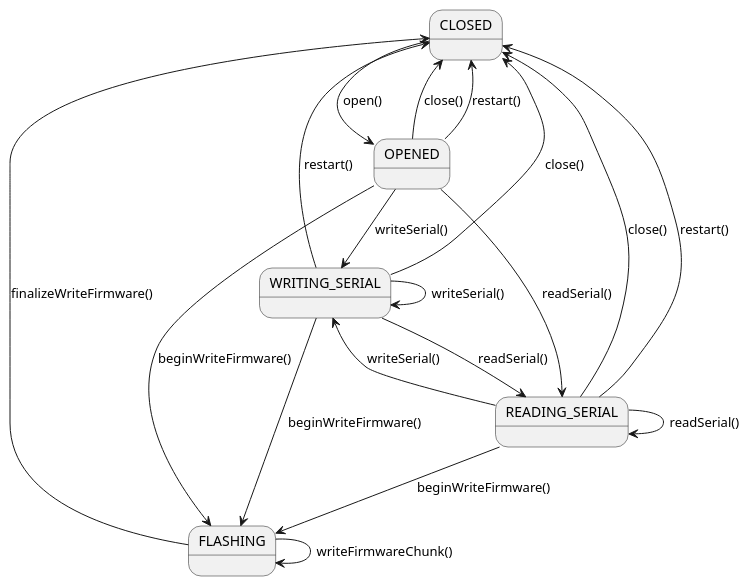
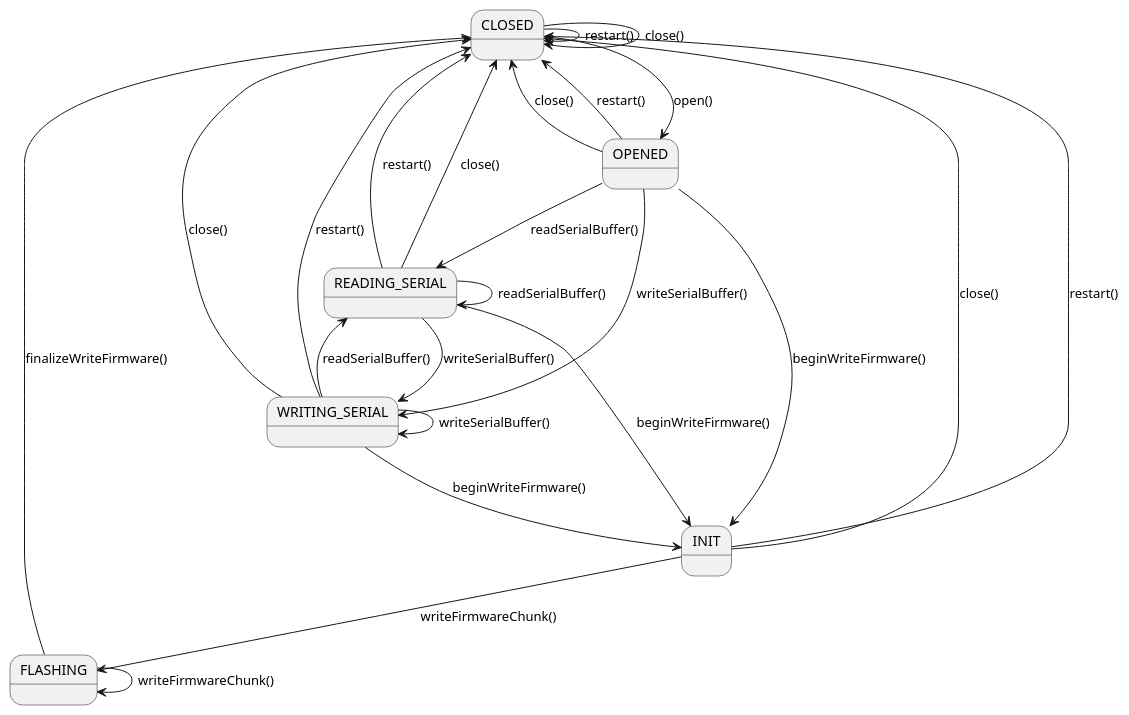
Before and after one commit to NewTec-GmbH/ZumoComSystem: the diagram in doc/design/server/StateDiagrams/ZumoDriverStateMachine.plantuml, drawn with PlantUML. The commit also changed 5 other files, not shown here.

```diff
--- a/doc/design/server/StateDiagrams/ZumoDriverStateMachine.plantuml
+++ b/doc/design/server/StateDiagrams/ZumoDriverStateMachine.plantuml
@@ -1,31 +1,38 @@
 @startuml
 State CLOSED
 State OPENED
 State FLASHING
 State READING_SERIAL
 State WRITING_SERIAL
+State INIT
 
 CLOSED --> OPENED : open()
+CLOSED --> CLOSED : restart()
+CLOSED --> CLOSED : close()
 
+OPENED --> READING_SERIAL : readSerialBuffer()
+OPENED --> WRITING_SERIAL : writeSerialBuffer()
+OPENED --> INIT : beginWriteFirmware()
 OPENED --> CLOSED : close()
 OPENED --> CLOSED : restart()
 
-OPENED --> READING_SERIAL : readSerial()
-OPENED --> WRITING_SERIAL : writeSerial()
-OPENED --> FLASHING : beginWriteFirmware()
-
-READING_SERIAL --> READING_SERIAL : readSerial()
+READING_SERIAL --> WRITING_SERIAL : writeSerialBuffer()
+READING_SERIAL --> READING_SERIAL : readSerialBuffer()
+READING_SERIAL --> INIT : beginWriteFirmware()
 READING_SERIAL --> CLOSED : close()
 READING_SERIAL --> CLOSED : restart()
-READING_SERIAL --> FLASHING : beginWriteFirmware()
-READING_SERIAL --> WRITING_SERIAL : writeSerial()
 
-WRITING_SERIAL --> WRITING_SERIAL : writeSerial()
-WRITING_SERIAL --> READING_SERIAL : readSerial()
-WRITING_SERIAL --> FLASHING : beginWriteFirmware()
+WRITING_SERIAL --> WRITING_SERIAL : writeSerialBuffer()
+WRITING_SERIAL --> READING_SERIAL : readSerialBuffer()
+WRITING_SERIAL --> INIT : beginWriteFirmware()
 WRITING_SERIAL --> CLOSED : close()
 WRITING_SERIAL --> CLOSED : restart()
+
+' Zumo robot in bootloader mode when in INIT state --> Unable to r/w serial interface
+INIT --> FLASHING : writeFirmwareChunk()
+INIT --> CLOSED : close()
+INIT --> CLOSED : restart()
 
 FLASHING --> FLASHING : writeFirmwareChunk()
 FLASHING --> CLOSED : finalizeWriteFirmware()
 @enduml
```
